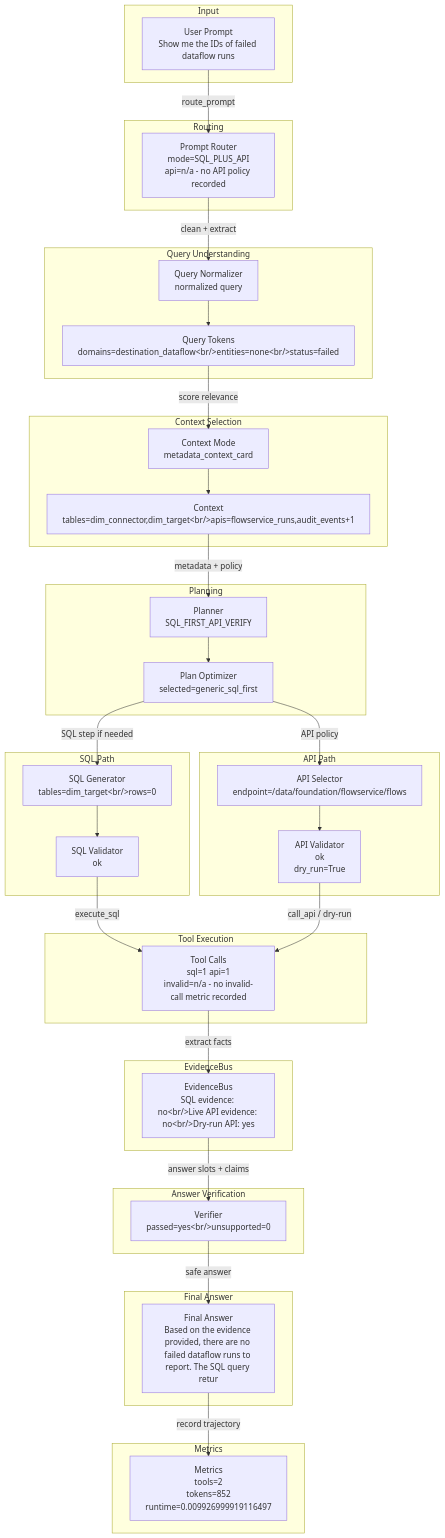
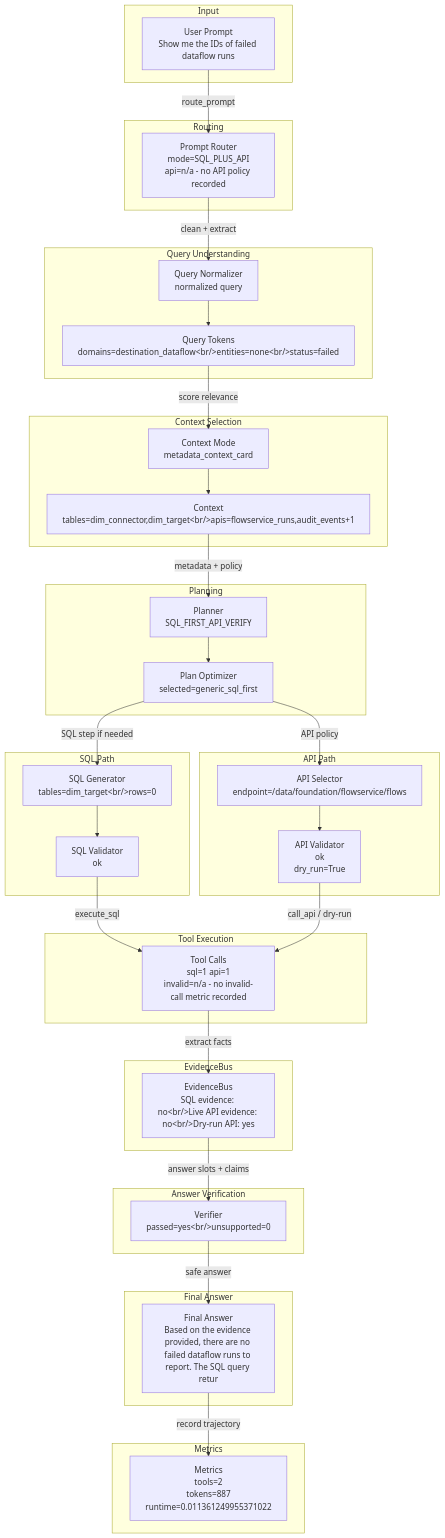
Before and after one commit to dashsys-workshop-vldb/dashsys-workshop-vldb.github.io: the diagram in outputs/visualizations/example_004/sql_first_api_verify/dataflow.md, drawn with Mermaid. The commit also changed other lines of this file and 361 other files, not shown here.

````diff
--- a/outputs/visualizations/example_004/sql_first_api_verify/dataflow.md
+++ b/outputs/visualizations/example_004/sql_first_api_verify/dataflow.md
@@ -19,56 +19,56 @@
 ```mermaid
 flowchart TD
   subgraph Input
     input_prompt["User Prompt<br/>Show me the IDs of failed dataflow runs"]
   end
   subgraph Routing
     router["Prompt Router<br/>mode=SQL_PLUS_API<br/>api=n/a - no API policy recorded"]
     input_prompt -->|route_prompt| router
   end
   subgraph QueryUnderstanding["Query Understanding"]
     normalizer["Query Normalizer<br/>normalized query"]
     tokens["Query Tokens<br/>domains=destination_dataflow&lt;br/&gt;entities=none&lt;br/&gt;status=failed"]
     router -->|clean + extract| normalizer --> tokens
   end
   subgraph ContextSelection["Context Selection"]
     context["Context Mode<br/>metadata_context_card"]
     candidates["Context<br/>tables=dim_connector,dim_target&lt;br/&gt;apis=flowservice_runs,audit_events+1"]
     tokens -->|score relevance| context --> candidates
   end
   subgraph Planning
     planner["Planner<br/>SQL_FIRST_API_VERIFY"]
     optimizer["Plan Optimizer<br/>selected=generic_sql_first"]
     candidates -->|metadata + policy| planner --> optimizer
   end
   subgraph SQLPath["SQL Path"]
     sqlgen["SQL Generator<br/>tables=dim_target&lt;br/&gt;rows=0"]
     sqlval["SQL Validator<br/>ok"]
     optimizer -->|SQL step if needed| sqlgen --> sqlval
   end
   subgraph APIPath["API Path"]
     apisel["API Selector<br/>endpoint=/data/foundation/flowservice/flows"]
     apival["API Validator<br/>ok<br/>dry_run=True"]
     optimizer -->|API policy| apisel --> apival
   end
   subgraph ToolExecution["Tool Execution"]
     tools["Tool Calls<br/>sql=1 api=1<br/>invalid=n/a - no invalid-call metric recorded"]
     sqlval -->|execute_sql| tools
     apival -->|call_api / dry-run| tools
   end
   subgraph EvidenceBus
     evidence["EvidenceBus<br/>SQL evidence: no&lt;br/&gt;Live API evidence: no&lt;br/&gt;Dry-run API: yes"]
     tools -->|extract facts| evidence
   end
   subgraph AnswerVerification["Answer Verification"]
     verifier["Verifier<br/>passed=yes&lt;br/&gt;unsupported=0"]
     evidence -->|answer slots + claims| verifier
   end
   subgraph FinalAnswer["Final Answer"]
     answer["Final Answer<br/>Based on the evidence provided, there are no failed dataflow runs to report. The SQL query retur"]
     verifier -->|safe answer| answer
   end
   subgraph Metrics
-    metrics["Metrics<br/>tools=2<br/>tokens=852<br/>runtime=0.009926999919116497"]
+    metrics["Metrics<br/>tools=2<br/>tokens=887<br/>runtime=0.011361249955371022"]
     answer -->|record trajectory| metrics
   end
 ```
````
